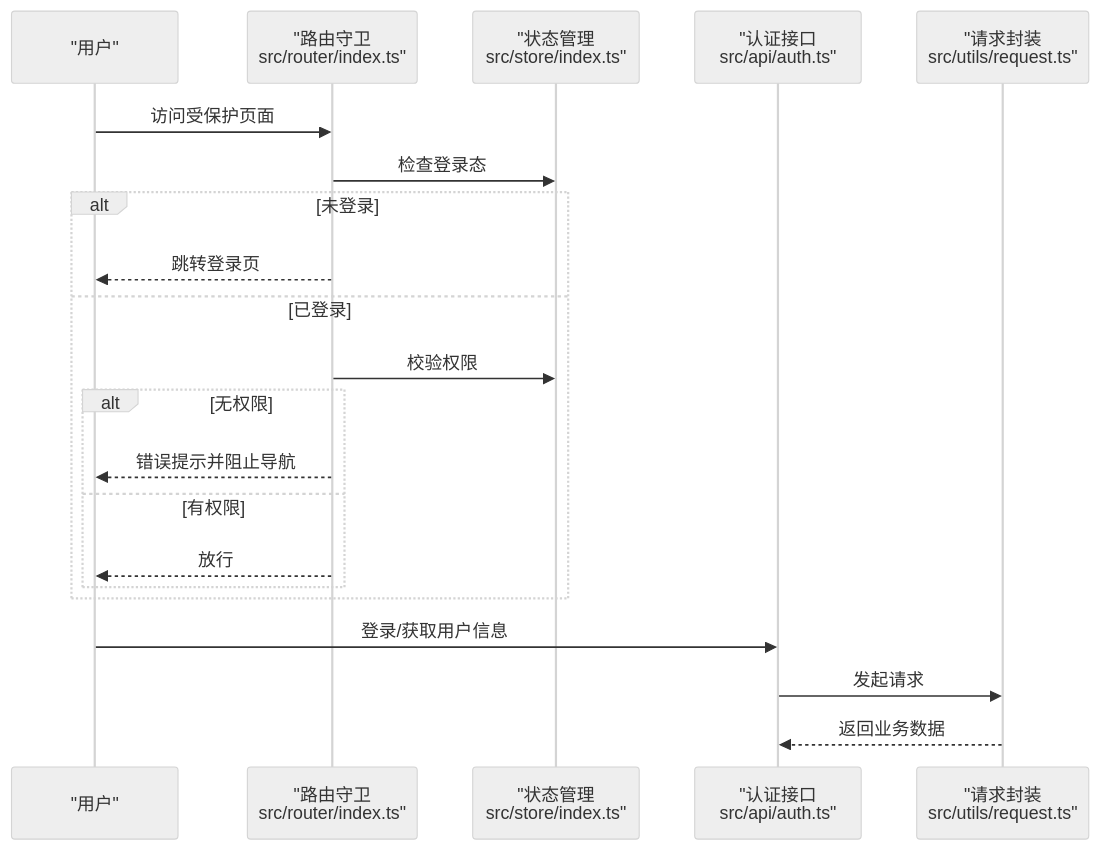
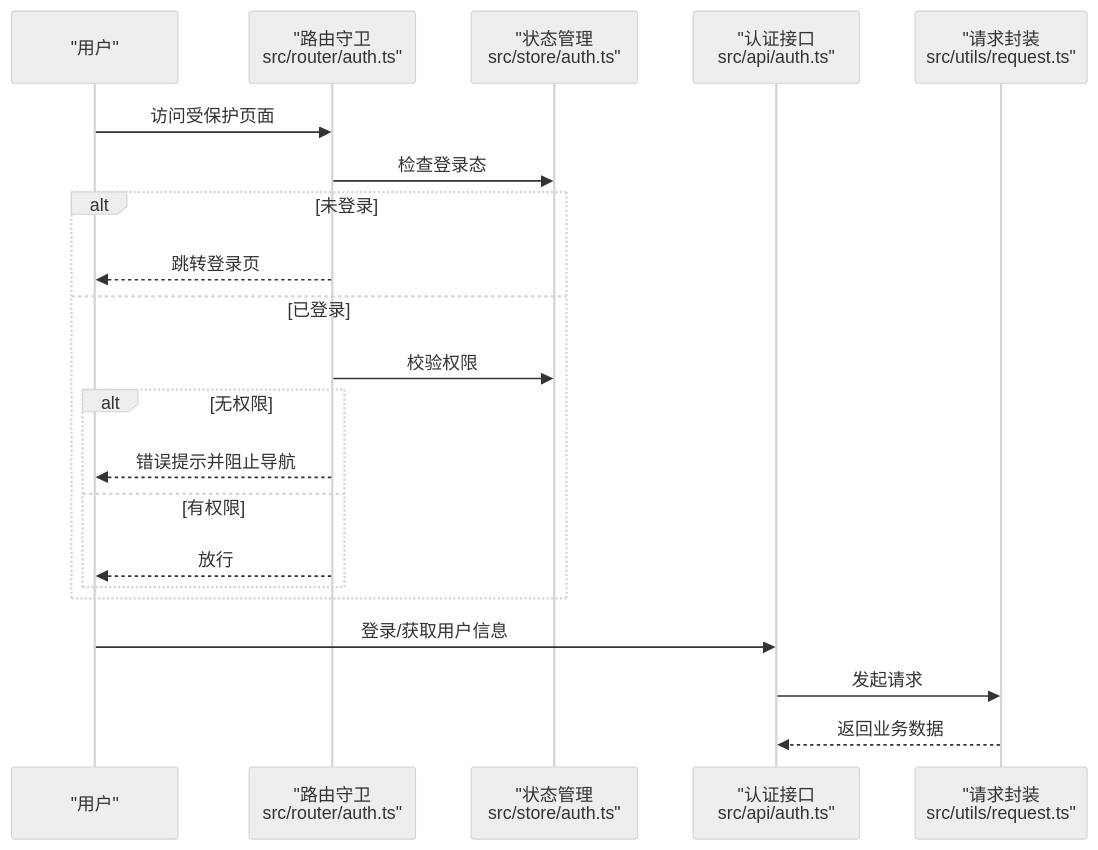
One commit to qiseyun/vue-ts-admin changed the third of 5 diagrams in .qoder/repowiki/zh/content/部署指南.md. Above: the diagram before and after it, drawn with Mermaid (neutral theme). The commit also changed other lines of this file and 42 other files, not shown here.

````diff
--- a/.qoder/repowiki/zh/content/部署指南.md
+++ b/.qoder/repowiki/zh/content/部署指南.md
@@ -166,23 +166,23 @@
 ```mermaid
 sequenceDiagram
 participant U as "用户"
-participant R as "路由守卫<br/>src/router/index.ts"
-participant S as "状态管理<br/>src/store/index.ts"
+participant R as "路由守卫<br/>src/router/auth.ts"
+participant S as "状态管理<br/>src/store/auth.ts"
 participant A as "认证接口<br/>src/api/auth.ts"
 participant X as "请求封装<br/>src/utils/request.ts"
 U->>R : 访问受保护页面
 R->>S : 检查登录态
 alt 未登录
 R-->>U : 跳转登录页
 else 已登录
 R->>S : 校验权限
 alt 无权限
 R-->>U : 错误提示并阻止导航
 else 有权限
 R-->>U : 放行
 end
 end
 U->>A : 登录/获取用户信息
 A->>X : 发起请求
 X-->>A : 返回业务数据
 ```
````
